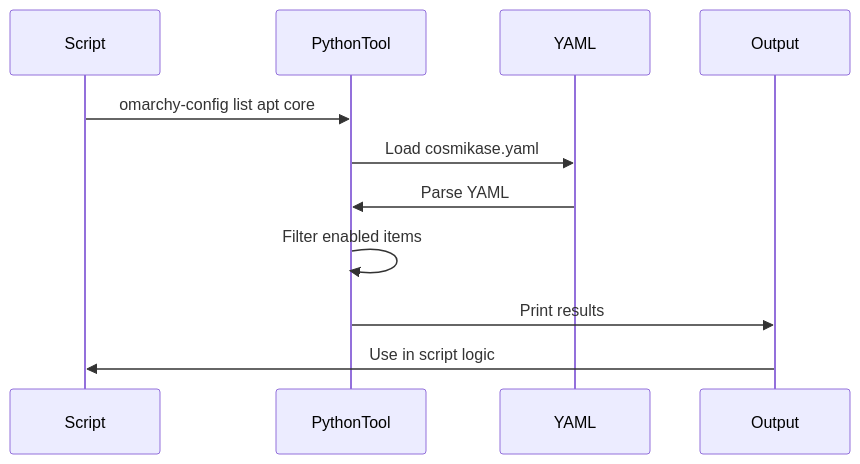
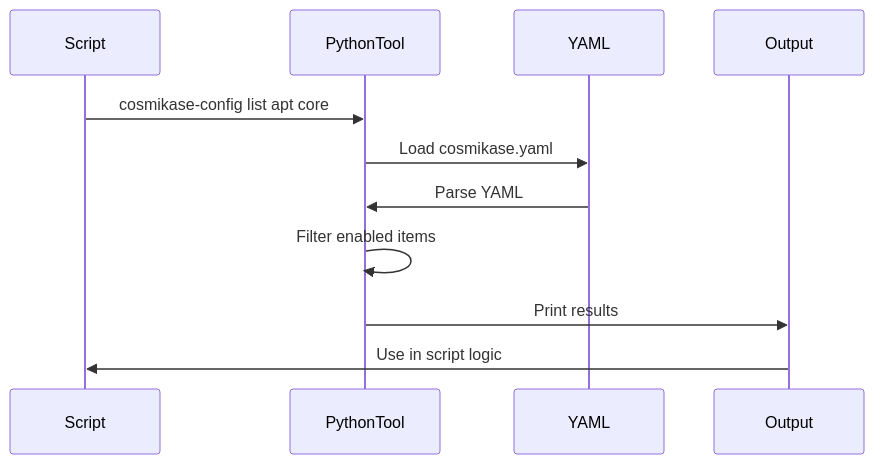
Before and after one commit to paulbrav/cosmikase: the fourth of 7 diagrams in docs/architecture.md, drawn with Mermaid. The commit also changed other lines of this file and 9 other files, not shown here.

````diff
--- a/docs/architecture.md
+++ b/docs/architecture.md
@@ -203,14 +203,14 @@
 ```mermaid
 sequenceDiagram
     participant Script
     participant PythonTool
     participant YAML
     participant Output
 
-    Script->>PythonTool: omarchy-config list apt core
+    Script->>PythonTool: cosmikase-config list apt core
     PythonTool->>YAML: Load cosmikase.yaml
     YAML->>PythonTool: Parse YAML
     PythonTool->>PythonTool: Filter enabled items
     PythonTool->>Output: Print results
     Output->>Script: Use in script logic
 ```
````
